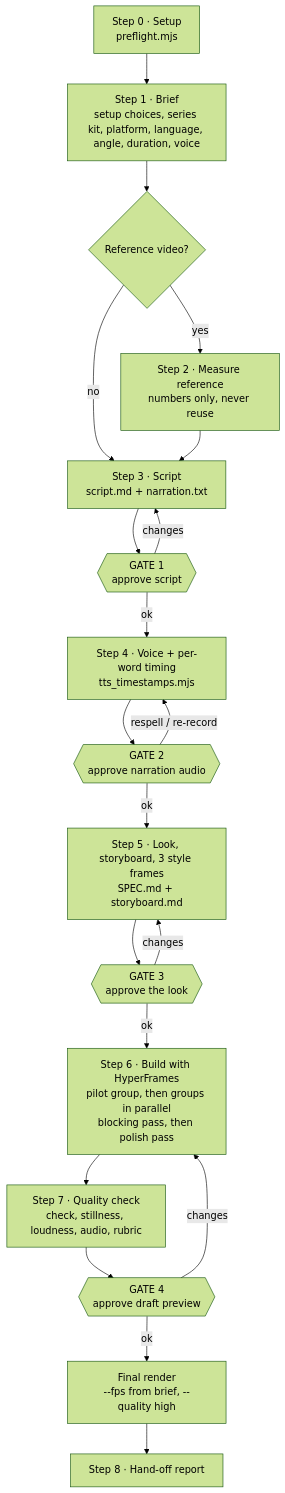
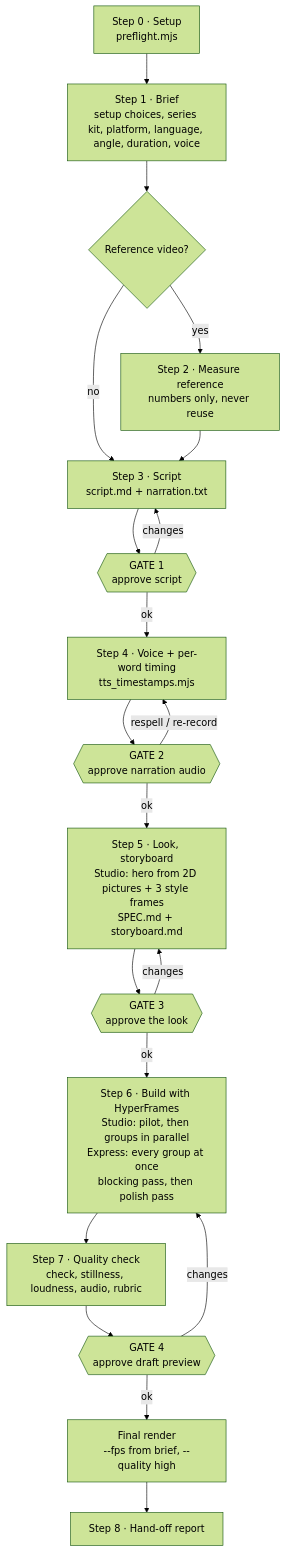
Before and after one commit to sandalkuilang/dalang: the first of 2 diagrams in docs/workflow.md, drawn with Mermaid (forest theme). The commit also changed other lines of this file and 82 other files, not shown here.

````diff
--- a/docs/workflow.md
+++ b/docs/workflow.md
@@ -7,22 +7,22 @@
 ```mermaid
 flowchart TD
     S0["Step 0 · Setup<br/>preflight.mjs"] --> S1["Step 1 · Brief<br/>setup choices, series kit, platform, language, angle, duration, voice"]
     S1 --> S2{"Reference video?"}
     S2 -- yes --> M["Step 2 · Measure reference<br/>numbers only, never reuse"]
     S2 -- no --> S3
     M --> S3["Step 3 · Script<br/>script.md + narration.txt"]
     S3 --> G1{{"GATE 1<br/>approve script"}}
     G1 -- changes --> S3
     G1 -- ok --> S4["Step 4 · Voice + per-word timing<br/>tts_timestamps.mjs"]
     S4 --> G2{{"GATE 2<br/>approve narration audio"}}
     G2 -- respell / re-record --> S4
-    G2 -- ok --> S5["Step 5 · Look, storyboard, 3 style frames<br/>SPEC.md + storyboard.md"]
+    G2 -- ok --> S5["Step 5 · Look, storyboard<br/>Studio: hero from 2D pictures + 3 style frames<br/>SPEC.md + storyboard.md"]
     S5 --> G3{{"GATE 3<br/>approve the look"}}
     G3 -- changes --> S5
-    G3 -- ok --> S6["Step 6 · Build with HyperFrames<br/>pilot group, then groups in parallel<br/>blocking pass, then polish pass"]
+    G3 -- ok --> S6["Step 6 · Build with HyperFrames<br/>Studio: pilot, then groups in parallel<br/>Express: every group at once<br/>blocking pass, then polish pass"]
     S6 --> S7["Step 7 · Quality check<br/>check, stillness, loudness, audio, rubric"]
     S7 --> G4{{"GATE 4<br/>approve draft preview"}}
     G4 -- changes --> S6
     G4 -- ok --> R["Final render<br/>--fps from brief, --quality high"]
     R --> S8["Step 8 · Hand-off report"]
 ```
````
